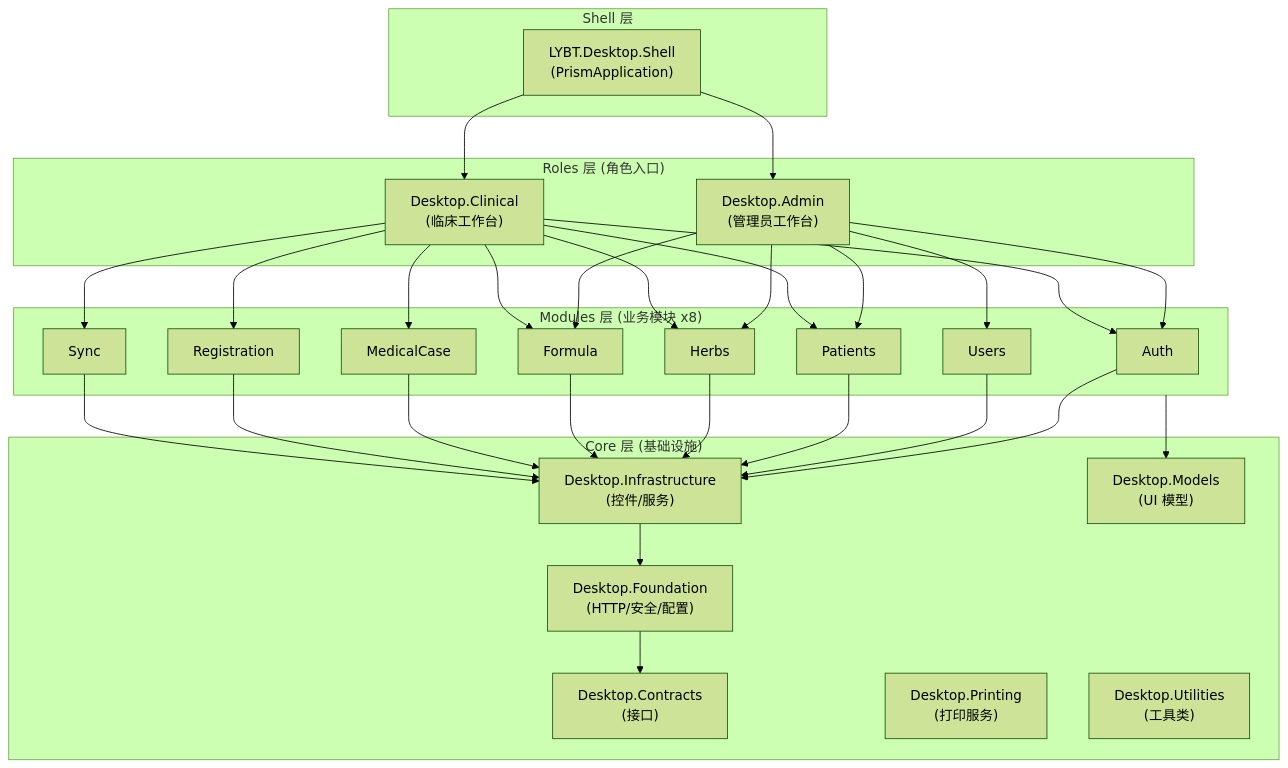
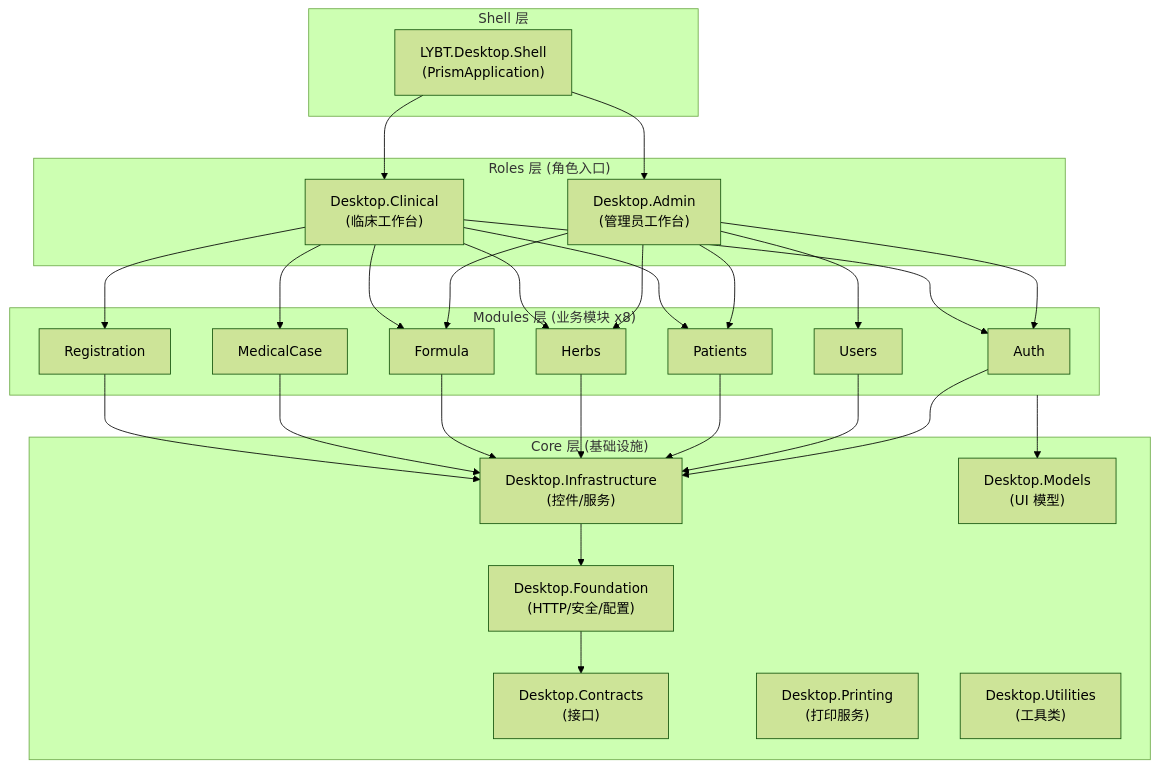
Before and after one commit to shouqitao/LYBTZYZS: the diagram in docs/03-architecture/02-desktop.md, drawn with Mermaid (forest theme). The commit also changed other lines of this file and 119 other files, not shown here.

````diff
--- a/docs/03-architecture/02-desktop.md
+++ b/docs/03-architecture/02-desktop.md
@@ -9,38 +9,37 @@
 ```mermaid
 graph TB
     subgraph Shell["Shell 层"]
         App["LYBT.Desktop.Shell<br>(PrismApplication)"]
     end
 
     subgraph Roles["Roles 层 (角色入口)"]
         Admin["Desktop.Admin<br>(管理员工作台)"]
         Clinical["Desktop.Clinical<br>(临床工作台)"]
     end
 
     subgraph Modules["Modules 层 (业务模块 x8)"]
         M_Auth["Auth"]
         M_Users["Users"]
         M_Patients["Patients"]
         M_Herbs["Herbs"]
         M_Formula["Formula"]
         M_MC["MedicalCase"]
         M_Reg["Registration"]
-        M_Sync["Sync"]
     end
 
     subgraph Core["Core 层 (基础设施)"]
         Contracts["Desktop.Contracts<br>(接口)"]
         Foundation["Desktop.Foundation<br>(HTTP/安全/配置)"]
         Infrastructure["Desktop.Infrastructure<br>(控件/服务)"]
         Models["Desktop.Models<br>(UI 模型)"]
         Printing["Desktop.Printing<br>(打印服务)"]
         Utilities["Desktop.Utilities<br>(工具类)"]
     end
 
     App --> Admin & Clinical
     Admin --> M_Auth & M_Users & M_Patients & M_Herbs & M_Formula
-    Clinical --> M_Auth & M_Patients & M_MC & M_Reg & M_Herbs & M_Formula & M_Sync
-    M_Auth & M_Users & M_Patients & M_Herbs & M_Formula & M_MC & M_Reg & M_Sync --> Infrastructure
+    Clinical --> M_Auth & M_Patients & M_MC & M_Reg & M_Herbs & M_Formula
+    M_Auth & M_Users & M_Patients & M_Herbs & M_Formula & M_MC & M_Reg --> Infrastructure
     Infrastructure --> Foundation --> Contracts
     Modules --> Models
 ```
````
